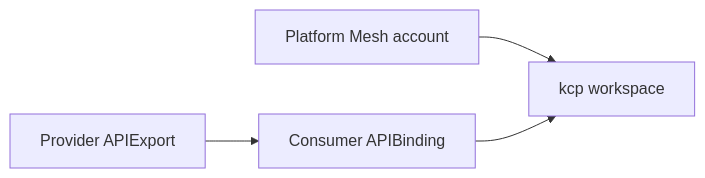
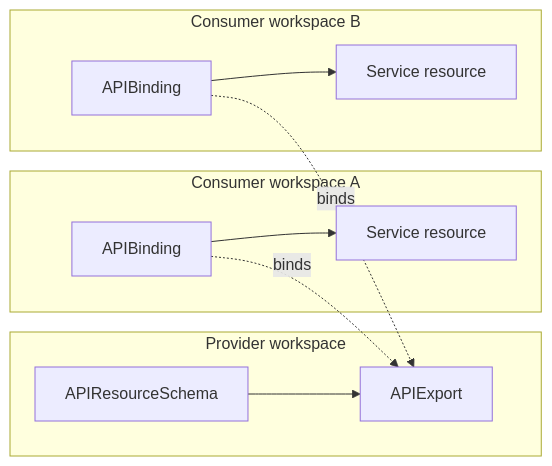
One commit to platform-mesh/platform-mesh.github.io changed the second of 2 diagrams in concepts/control-planes.md. Above: the diagram before and after it, drawn with Mermaid. The commit also changed other lines of this file and 5 other files, not shown here.

````diff
--- a/concepts/control-planes.md
+++ b/concepts/control-planes.md
@@ -27,11 +62,23 @@
 ```mermaid
-flowchart LR
-    Account["Platform Mesh account"]
-    Workspace["kcp workspace"]
-    Export["Provider APIExport"]
-    Binding["Consumer APIBinding"]
+graph LR
+    subgraph Provider["Provider workspace"]
+        Schema["APIResourceSchema"]
+        Export["APIExport"]
+        Schema --> Export
+    end
 
-    Account --> Workspace
-    Export --> Binding
-    Binding --> Workspace
+    subgraph ConsumerA["Consumer workspace A"]
+        BindingA["APIBinding"]
+        ResourceA["Service resource"]
+        BindingA --> ResourceA
+    end
+
+    subgraph ConsumerB["Consumer workspace B"]
+        BindingB["APIBinding"]
+        ResourceB["Service resource"]
+        BindingB --> ResourceB
+    end
+
+    BindingA -. binds .-> Export
+    BindingB -. binds .-> Export
 ```
````
